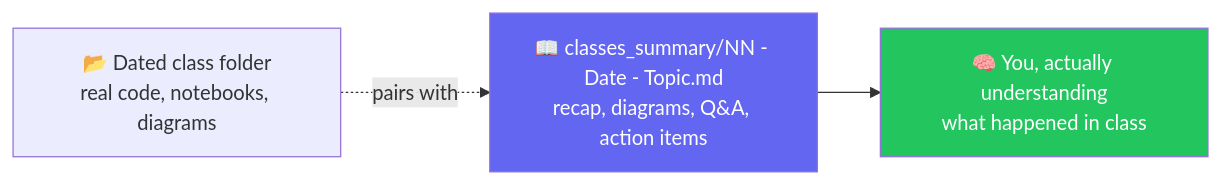
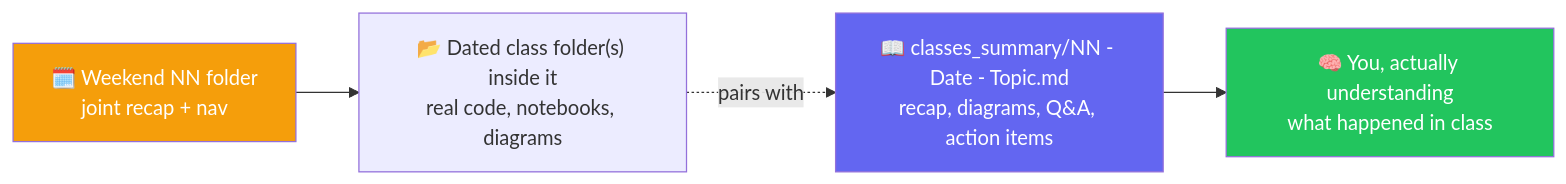
The first of 2 diagrams in README.md (shiqs90/agent3.0-mcp-live-2026), drawn with Mermaid before and after one commit. The commit also changed other lines of this file and 116 other files, not shown here.

````diff
--- a/README.md
+++ b/README.md
@@ -14,8 +14,10 @@
 ```mermaid
 flowchart LR
-    A["📂 Dated class folder<br/>real code, notebooks, diagrams"] -.pairs with.-> B["📖 classes_summary/NN - Date - Topic.md<br/>recap, diagrams, Q&A, action items"]
+    W["🗓️ Weekend NN folder<br/>joint recap + nav"] --> A["📂 Dated class folder(s) inside it<br/>real code, notebooks, diagrams"]
+    A -.pairs with.-> B["📖 classes_summary/NN - Date - Topic.md<br/>recap, diagrams, Q&A, action items"]
     B --> C["🧠 You, actually understanding<br/>what happened in class"]
 
+    style W fill:#f59e0b,color:#fff
     style B fill:#6366f1,color:#fff
     style C fill:#22c55e,color:#fff
 ```
````
